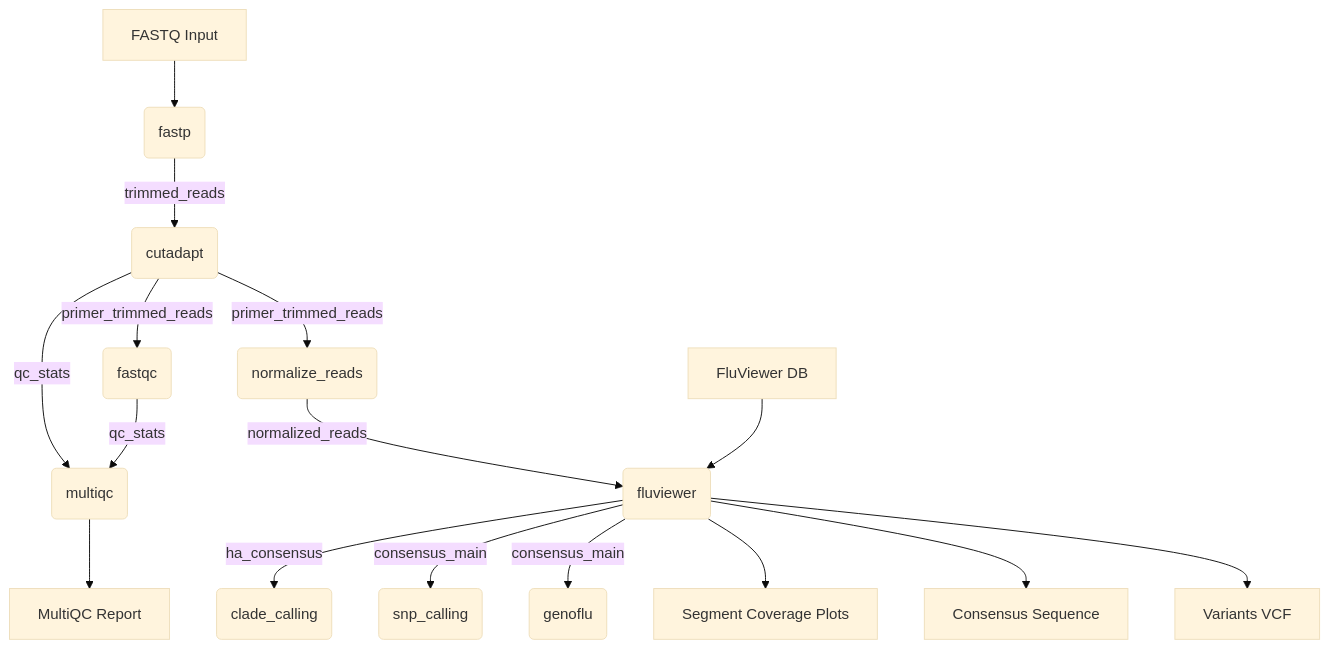
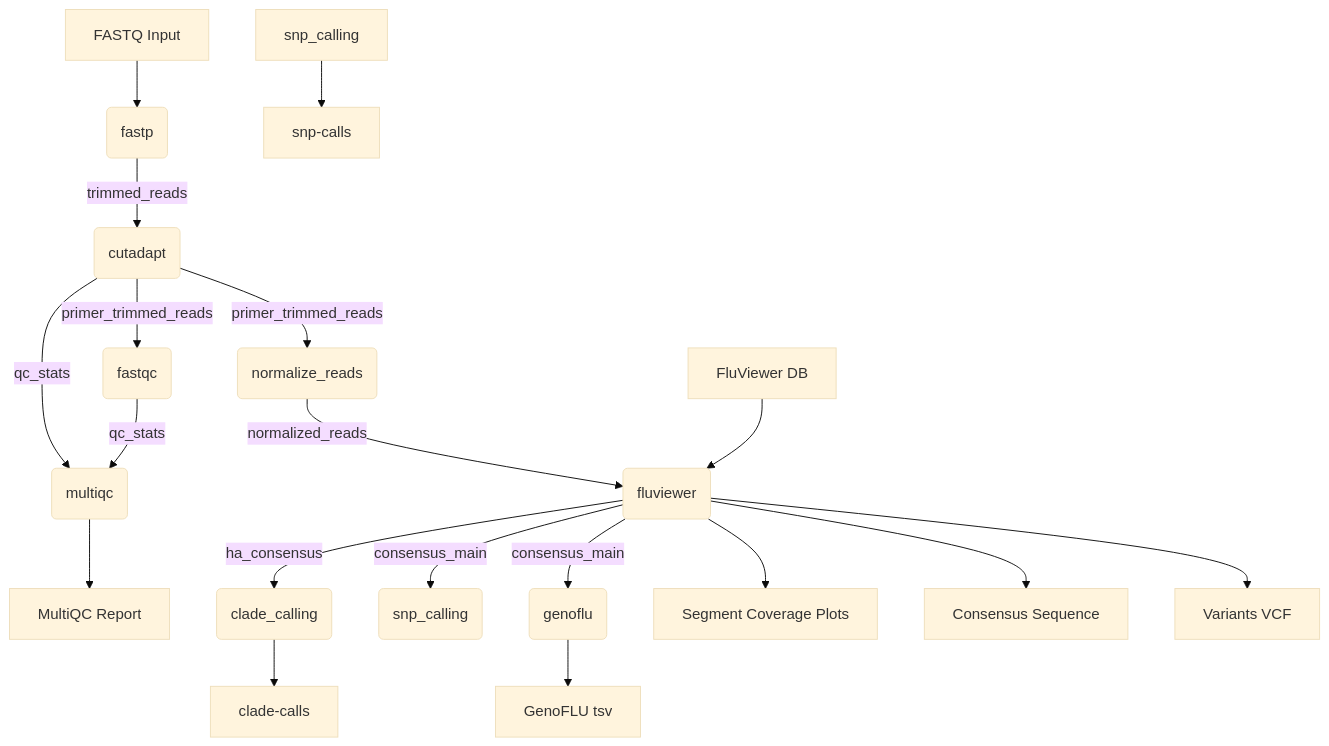
The diagram in README.md (BCCDC-PHL/fluviewer-nf), drawn with Mermaid (base theme) before and after one commit.

````diff
--- a/README.md
+++ b/README.md
@@ -20,18 +20,21 @@
 ```mermaid
 flowchart TD
   fastq_input[FASTQ Input] --> fastp(fastp)
   fastp -- trimmed_reads --> cutadapt(cutadapt)
   cutadapt -- qc_stats --> multiqc(multiqc)
   cutadapt -- primer_trimmed_reads --> fastqc(fastqc)
   fastqc -- qc_stats --> multiqc
   multiqc --> multiqc_report[MultiQC Report]
   cutadapt -- primer_trimmed_reads --> normalize_reads(normalize_reads)
   normalize_reads -- normalized_reads --> fluviewer(fluviewer)
   fluviewer_db[FluViewer DB] --> fluviewer
   fluviewer  -- ha_consensus --> clade_calling(clade_calling)
+  clade_calling --> clade_calls[clade-calls]
   fluviewer -- consensus_main --> snp_caling(snp_calling)
+  snp_calling --> snp_calls[snp-calls]
   fluviewer -- consensus_main --> genoflu(genoflu)
   fluviewer -->  segment_coverage_plots[Segment Coverage Plots]
   fluviewer --> consensus_sequence[Consensus Sequence]
   fluviewer --> variants[Variants VCF]
+  genoflu --> genoflu_tsv[GenoFLU tsv]
 ```
````
